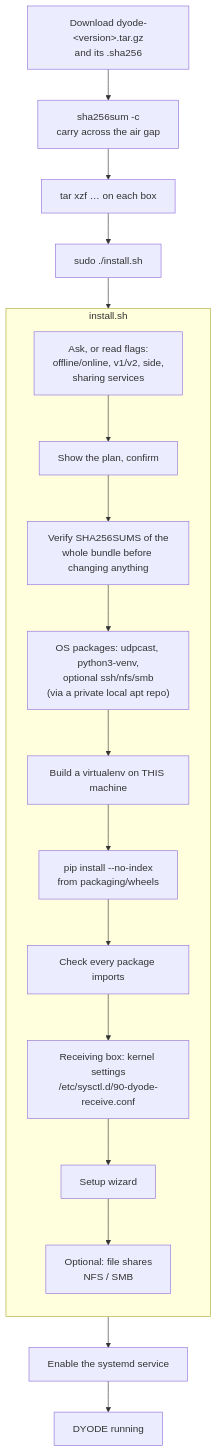
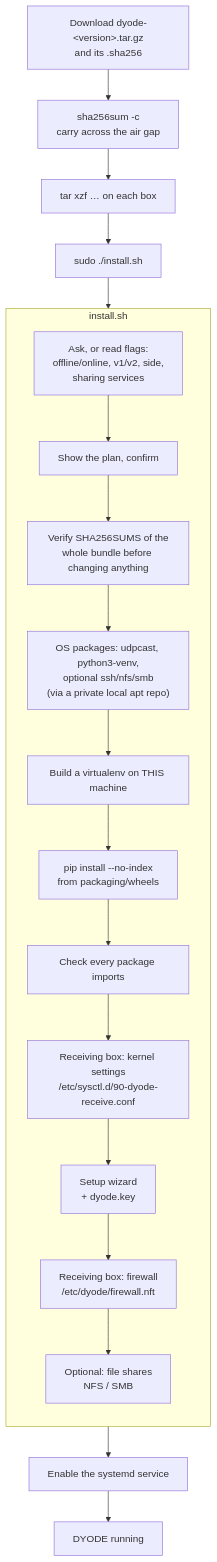
One commit to wavestone-cdt/dyode changed the first of 3 diagrams in docs/wiki/Installation-and-Setup.md. Above: the diagram before and after it, drawn with Mermaid. The commit also changed other lines of this file and 39 other files, not shown here.

````diff
--- a/docs/wiki/Installation-and-Setup.md
+++ b/docs/wiki/Installation-and-Setup.md
@@ -21,23 +21,24 @@
 ```mermaid
 flowchart TB
     REL["Download dyode-&lt;version&gt;.tar.gz<br/>and its .sha256"] --> CHECK["sha256sum -c<br/>carry across the air gap"]
     CHECK --> EXTRACT["tar xzf … on each box"]
     EXTRACT --> INSTALL["sudo ./install.sh"]
 
     subgraph INST["install.sh"]
         direction TB
         Q["Ask, or read flags:<br/>offline/online, v1/v2, side,<br/>sharing services"] --> PLAN["Show the plan, confirm"]
         PLAN --> SUMS["Verify SHA256SUMS of the<br/>whole bundle before changing anything"]
         SUMS --> DEBS["OS packages: udpcast, python3-venv,<br/>optional ssh/nfs/smb<br/>(via a private local apt repo)"]
         DEBS --> VENV["Build a virtualenv on THIS machine"]
         VENV --> WHEELS["pip install --no-index<br/>from packaging/wheels"]
         WHEELS --> IMPORT["Check every package imports"]
         IMPORT --> TUNE["Receiving box: kernel settings<br/>/etc/sysctl.d/90-dyode-receive.conf"]
-        TUNE --> WIZ["Setup wizard"]
-        WIZ --> SHARES["Optional: file shares<br/>NFS / SMB"]
+        TUNE --> WIZ["Setup wizard<br/>+ dyode.key"]
+        WIZ --> FWALL["Receiving box: firewall<br/>/etc/dyode/firewall.nft"]
+        FWALL --> SHARES["Optional: file shares<br/>NFS / SMB"]
     end
 
     INSTALL --> Q
     SHARES --> SVC["Enable the systemd service"]
     SVC --> RUN["DYODE running"]
 ```
````
